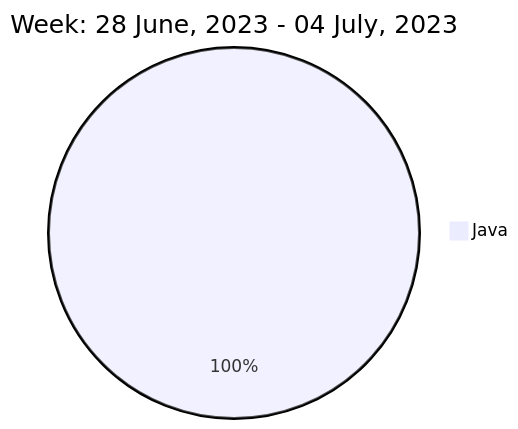
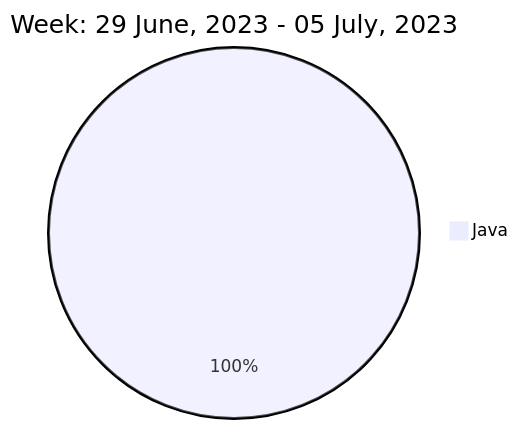
The diagram in README.md (liubin95/liubin95), drawn with Mermaid before and after one commit.

Commit message:
Updated the Graph with new Metrics

````diff
--- a/README.md
+++ b/README.md
@@ -40,5 +40,5 @@
 ```mermaid
  pie
-title Week: 28 June, 2023 - 04 July, 2023
- "Java" : 10.6
+title Week: 29 June, 2023 - 05 July, 2023
+ "Java" : 7.98
 ```
````
